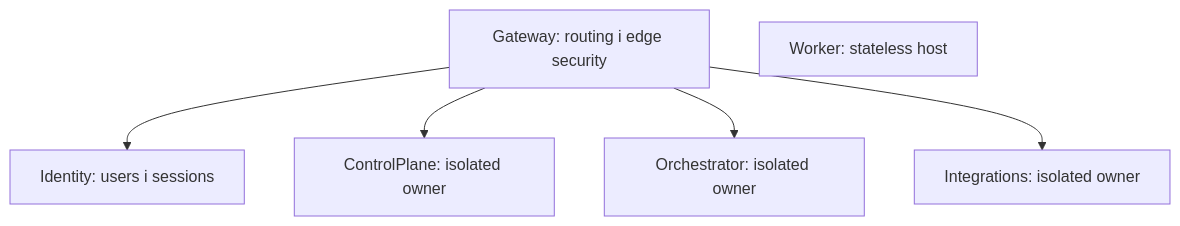
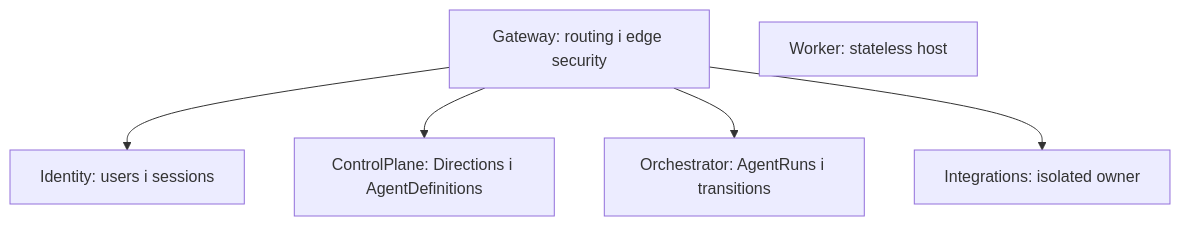
The diagram in docs/architecture/service-boundaries.md (SqeeZarion/AiControlCenter), drawn with Mermaid before and after one commit. The commit also changed other lines of this file and 133 other files, not shown here.

````diff
--- a/docs/architecture/service-boundaries.md
+++ b/docs/architecture/service-boundaries.md
@@ -3,13 +3,13 @@
 ```mermaid
 flowchart TB
     Gateway["Gateway: routing і edge security"]
     Identity["Identity: users і sessions"]
-    ControlPlane["ControlPlane: isolated owner"]
-    Orchestrator["Orchestrator: isolated owner"]
+    ControlPlane["ControlPlane: Directions і AgentDefinitions"]
+    Orchestrator["Orchestrator: AgentRuns і transitions"]
     Integrations["Integrations: isolated owner"]
     Worker["Worker: stateless host"]
     Gateway --> Identity
     Gateway --> ControlPlane
     Gateway --> Orchestrator
     Gateway --> Integrations
 ```
````
